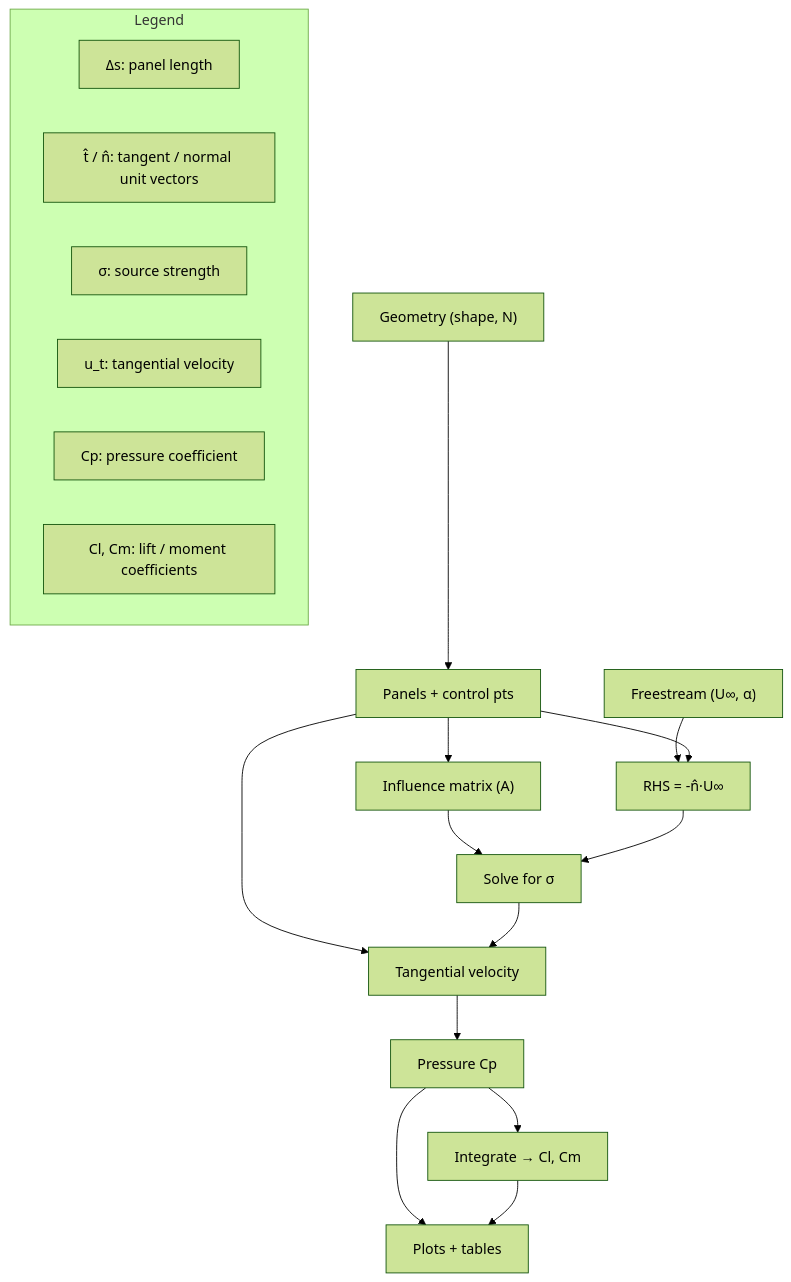
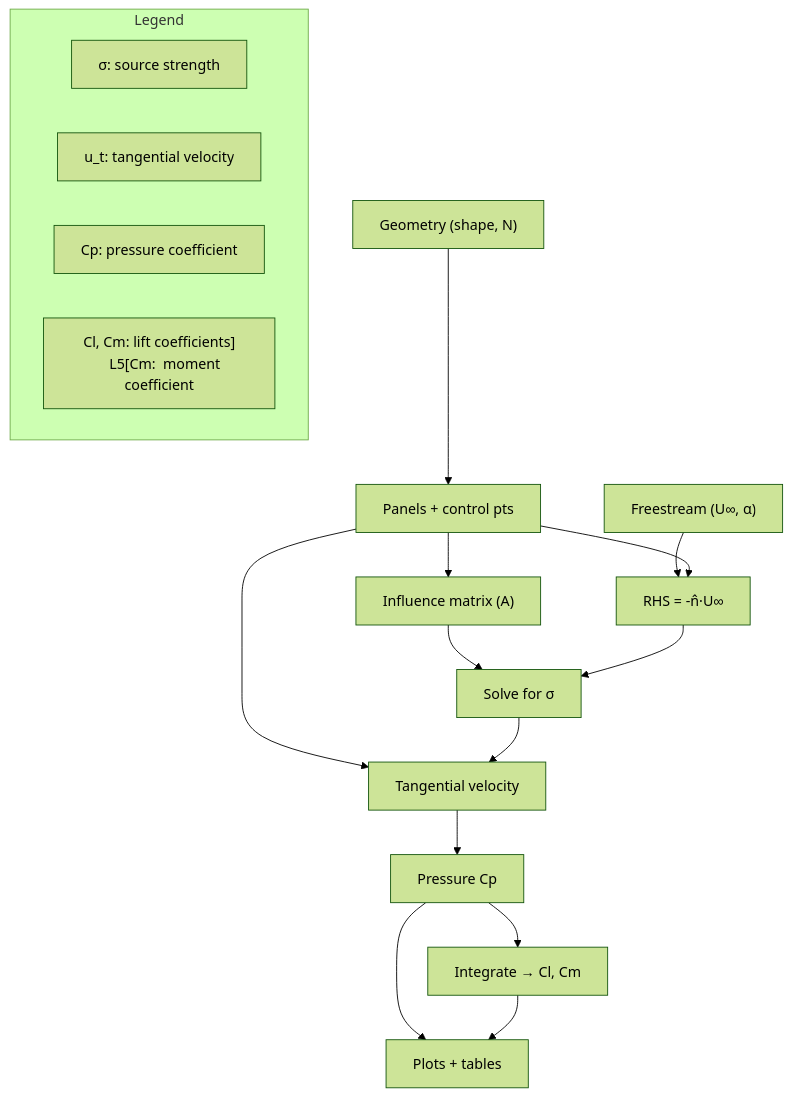
One commit to andytorrestb/AeroPanel changed the diagram in README.md. Above: the diagram before and after it, drawn with Mermaid (forest theme).

````diff
--- a/README.md
+++ b/README.md
@@ -98,35 +98,34 @@
 ```mermaid
 flowchart TD
   U["Freestream (U∞, α)"]
   G["Geometry (shape, N)"]
   Geo["Panels + control pts"]
   A["Influence matrix (A)"]
   RHS["RHS = -n̂·U∞"]
   Solve["Solve for σ"]
   Ut["Tangential velocity"]
   Cp["Pressure Cp"]
   Forces["Integrate → Cl, Cm"]
   Output["Plots + tables"]
 
   U --> RHS
   G --> Geo
   Geo --> A
   Geo --> RHS
   Geo --> Ut
   A --> Solve
   RHS --> Solve
   Solve --> Ut
   Ut --> Cp
   Cp --> Forces
   Cp --> Output
   Forces --> Output
 
   subgraph Legend
-    L1["Δs: panel length"]
-    L2["t̂ / n̂: tangent / normal unit vectors"]
-    L3["σ: source strength"]
-    L4["u_t: tangential velocity"]
-    L5["Cp: pressure coefficient"]
-    L6["Cl, Cm: lift / moment coefficients"]
+    L1["σ: source strength"]
+    L2["u_t: tangential velocity"]
+    L3["Cp: pressure coefficient"]
+    L4["Cl, Cm: lift coefficients]
+    L5["Cm:  moment coefficient]
   end
 ```
````
